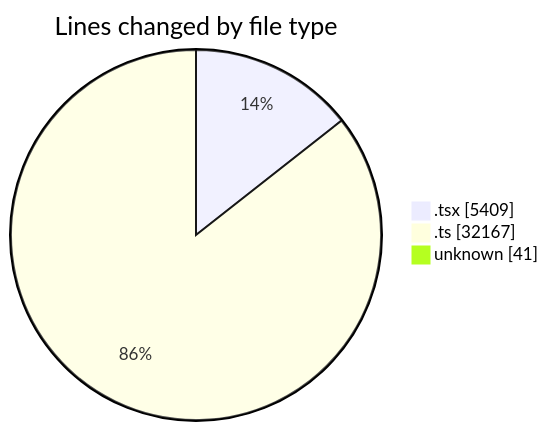
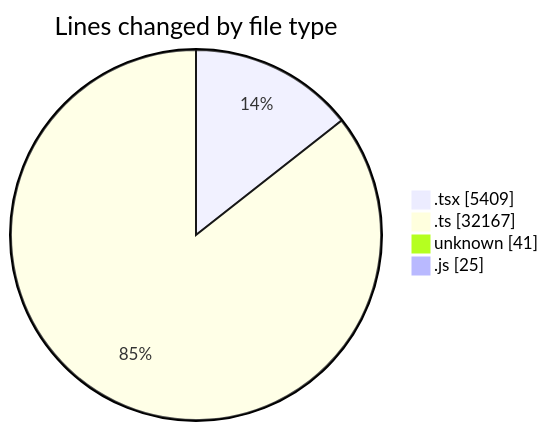
One commit to momahboobian/code-tracking changed the first of 2 diagrams in 2025-07-07/cda/README.md. Above: the diagram before and after it, drawn with Mermaid. The commit also changed other lines of this file and 1 other file, not shown here.

````diff
--- a/2025-07-07/cda/README.md
+++ b/2025-07-07/cda/README.md
@@ -34,7 +35,8 @@
 ```mermaid
 pie showData
 title Lines changed by file type
 ".tsx" : 5409
 ".ts" : 32167
 "unknown" : 41
+".js" : 25
 ```
````
